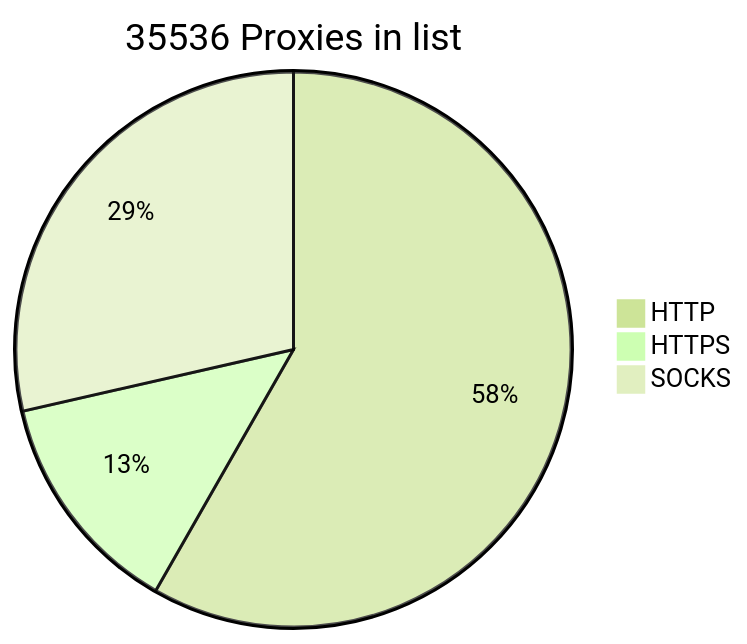
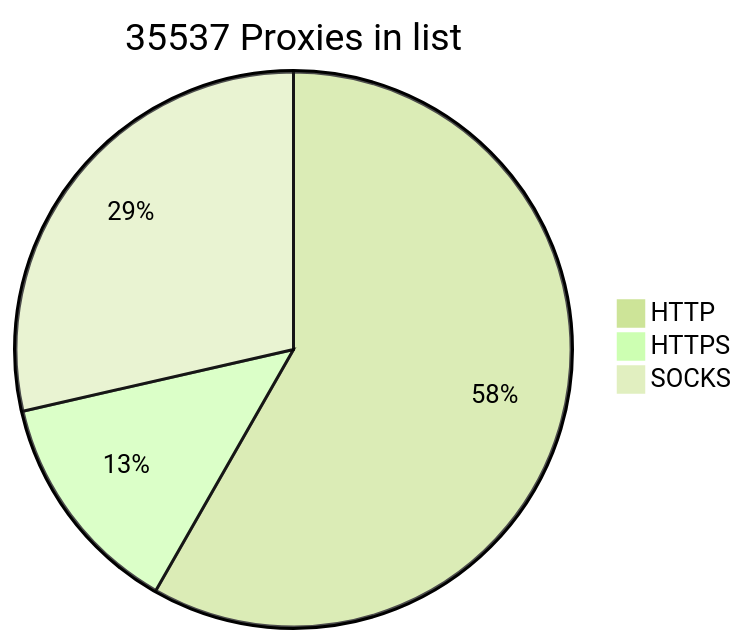
The diagram in README.md (BlackSnowDot/proxylist-update-every-minute), drawn with Mermaid (forest theme) before and after one commit.

````diff
--- a/README.md
+++ b/README.md
@@ -2,6 +2,6 @@
 ```mermaid
-pie title 35536 Proxies in list
+pie title 35537 Proxies in list
     "HTTP" : 22988
     "HTTPS": 5198
-    "SOCKS" : 11271
+    "SOCKS" : 11272
 ```
````
